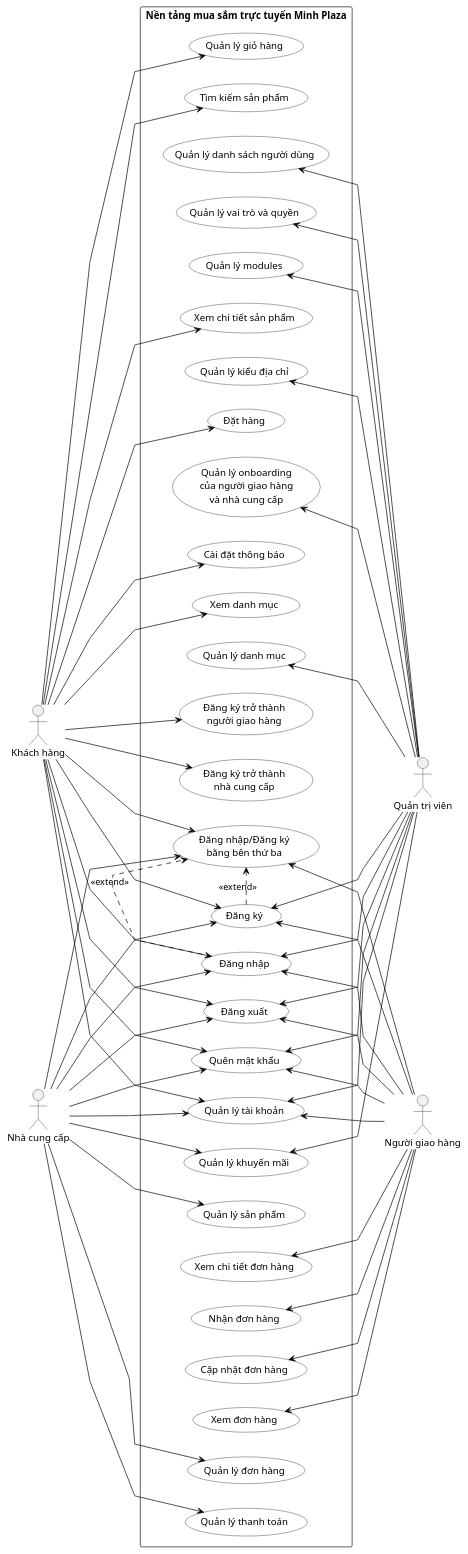
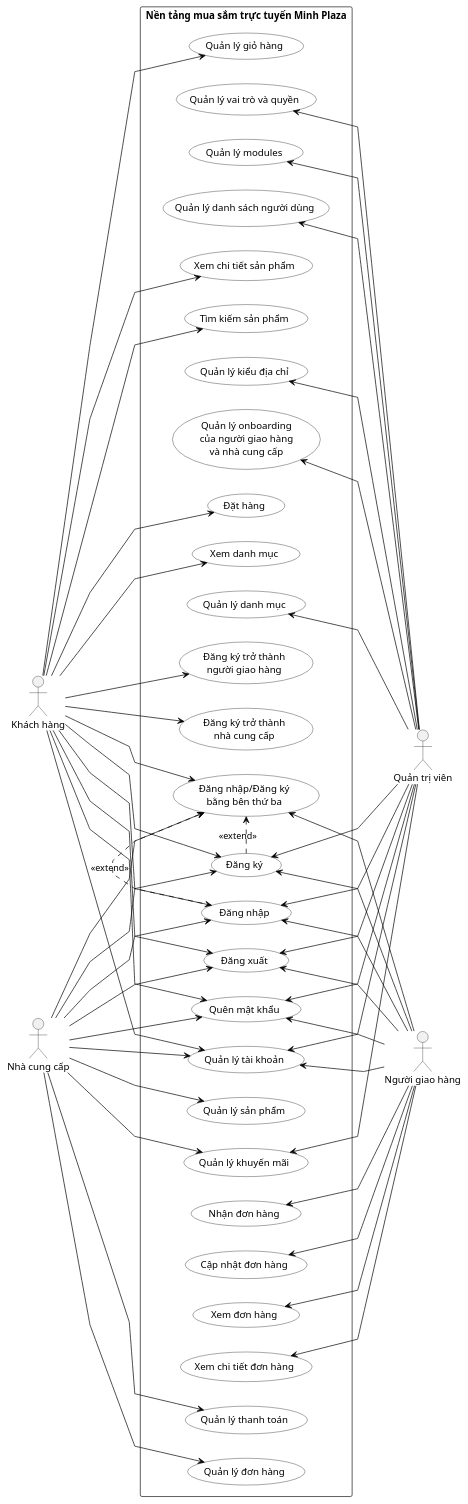
One commit to TienMinh25/ecommerce-platform changed the diagram in docs/use-case-tong-quan.puml. Above: the diagram before and after it, drawn with PlantUML.

```diff
--- a/docs/use-case-tong-quan.puml
+++ b/docs/use-case-tong-quan.puml
@@ -1,124 +1,122 @@
 @startuml
 ' Use horizontal layout with actors on both sides
 left to right direction
 ' Improve visual appearance
 skinparam usecase {
   BackgroundColor white
   BorderColor black
   ArrowColor black
 }
 skinparam packageStyle rectangle
 skinparam linetype polyline
 ' Left actors
 actor "Khách hàng" as kh
 actor "Nhà cung cấp" as ncc
 ' Right actors
 actor "Quản trị viên" as qtv
 actor "Người giao hàng" as ngh
 ' Group common use cases in the middle (short names on same rows)
 rectangle "Nền tảng mua sắm trực tuyến Minh Plaza" {
   ' Authentication use cases - rearranged for better layout
   usecase "Đăng ký" as UC2
   usecase "Đăng nhập/Đăng ký\nbằng bên thứ ba" as UC30
   usecase "Đăng nhập" as UC1
 
   usecase "Đăng xuất" as UC3
   usecase "Quên mật khẩu" as UC4
 
   ' User management use cases (admin)
   usecase "Quản lý danh sách người dùng" as UC5
   usecase "Quản lý vai trò và quyền" as UC6
   usecase "Quản lý modules" as UC7
   usecase "Quản lý kiểu địa chỉ" as UC8
   usecase "Quản lý onboarding\ncủa người giao hàng\nvà nhà cung cấp" as UC9
 
   ' Account and profile use cases
   usecase "Quản lý tài khoản" as UC10
 
   ' Catalog management use cases
   usecase "Quản lý danh mục" as UC11
   usecase "Quản lý khuyến mãi" as UC12
   usecase "Quản lý sản phẩm" as UC19
 
   ' Customer-facing use cases
   usecase "Quản lý giỏ hàng" as UC13
   usecase "Tìm kiếm sản phẩm" as UC14
   usecase "Xem chi tiết sản phẩm" as UC15
   usecase "Đặt hàng" as UC16
-  usecase "Cài đặt thông báo" as UC17
   usecase "Xem danh mục" as UC18
 
   ' Supplier-facing use cases
   usecase "Quản lý đơn hàng" as UC21
   usecase "Quản lý thanh toán" as UC22
 
   ' Delivery person use cases
   usecase "Xem đơn hàng" as UC24
   usecase "Xem chi tiết đơn hàng" as UC25
   usecase "Nhận đơn hàng" as UC26
   usecase "Cập nhật đơn hàng" as UC27
 
   ' New customer onboarding use cases
   usecase "Đăng ký trở thành\nngười giao hàng" as UC28
   usecase "Đăng ký trở thành\nnhà cung cấp" as UC29
 }
 
 ' Extend relationships
 UC2 .> UC30 : <<extend>>
 UC1 .> UC30 : <<extend>>
 
 ' Connect actors to their use cases
 ' Khách hàng connections
 kh --> UC1
 kh --> UC2
 kh --> UC3
 kh --> UC4
 kh --> UC10
 kh --> UC13
 kh --> UC14
 kh --> UC15
 kh --> UC16
-kh --> UC17
 kh --> UC18
 kh --> UC28
 kh --> UC29
 kh --> UC30
 
 ' Nhà cung cấp connections
 ncc --> UC1
 ncc --> UC2
 ncc --> UC3
 ncc --> UC4
 ncc --> UC10
 ncc --> UC12
 ncc --> UC19
 ncc --> UC21
 ncc --> UC22
 ncc --> UC30
 
 ' Admin connections
 UC5 <-- qtv
 UC6 <-- qtv
 UC7 <-- qtv
 UC8 <-- qtv
 UC9 <-- qtv
 UC10 <-- qtv
 UC11 <-- qtv
 UC12 <-- qtv
 UC1 <-- qtv
 UC2 <-- qtv
 UC3 <-- qtv
 UC4 <-- qtv
 
 ' Delivery person connections
 UC1 <-- ngh
 UC2 <-- ngh
 UC3 <-- ngh
 UC4 <-- ngh
 UC10 <-- ngh
 UC24 <-- ngh
 UC25 <-- ngh
 UC26 <-- ngh
 UC27 <-- ngh
 UC30 <-- ngh
 @enduml
```
